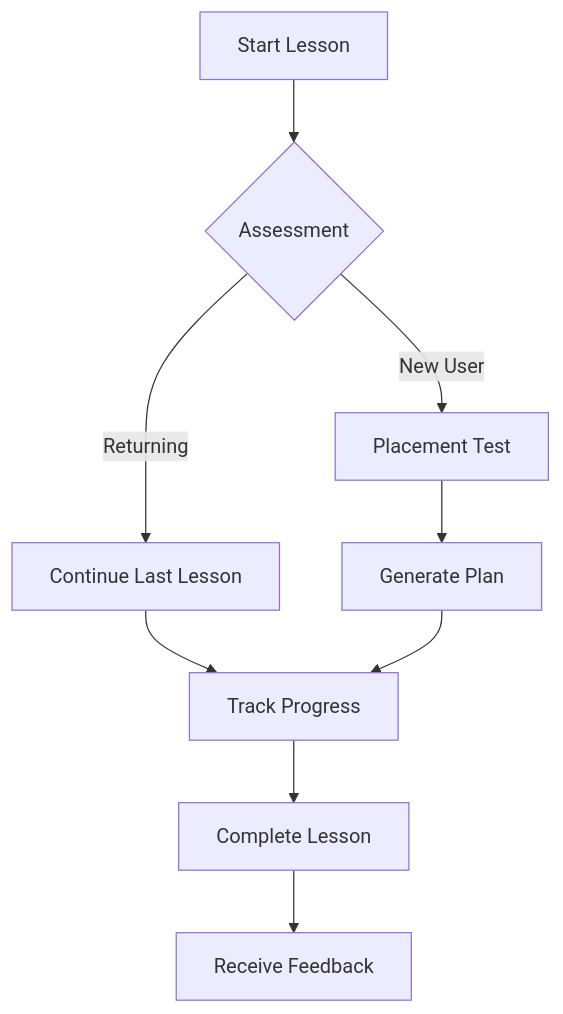
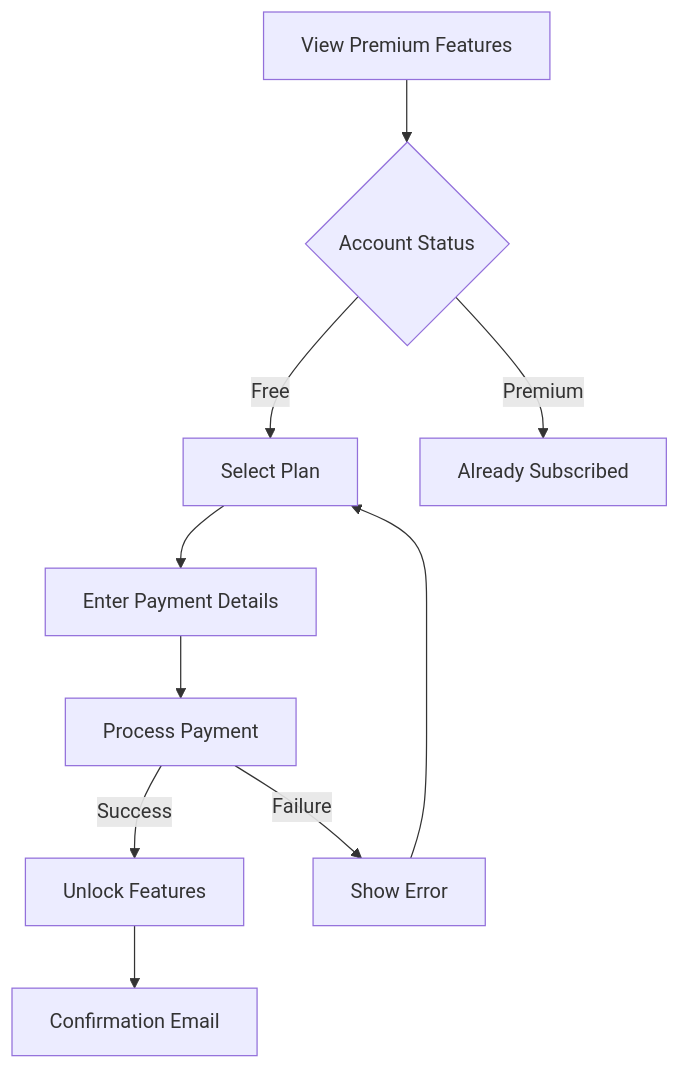
The second of 2 diagrams in documentation/templates/brd_template.md (NikKowPHP/lessay-cline), drawn with Mermaid before and after one commit. The commit also changed other lines of this file and 18 other files, not shown here.

````diff
--- a/documentation/templates/brd_template.md
+++ b/documentation/templates/brd_template.md
@@ -69,11 +109,12 @@
 ```mermaid
 graph TD
-    A[Start Lesson] --> B{Assessment}
-    B -->|New User| C[Placement Test]
-    B -->|Returning| D[Continue Last Lesson]
-    C --> E[Generate Plan]
-    D --> F[Track Progress]
-    E --> F
-    F --> G[Complete Lesson]
-    G --> H[Receive Feedback]
+    A[View Premium Features] --> B{Account Status}
+    B -->|Free| C[Select Plan]
+    B -->|Premium| D[Already Subscribed]
+    C --> E[Enter Payment Details]
+    E --> F[Process Payment]
+    F -->|Success| G[Unlock Features]
+    F -->|Failure| H[Show Error]
+    G --> I[Confirmation Email]
+    H --> C
 ```
````
